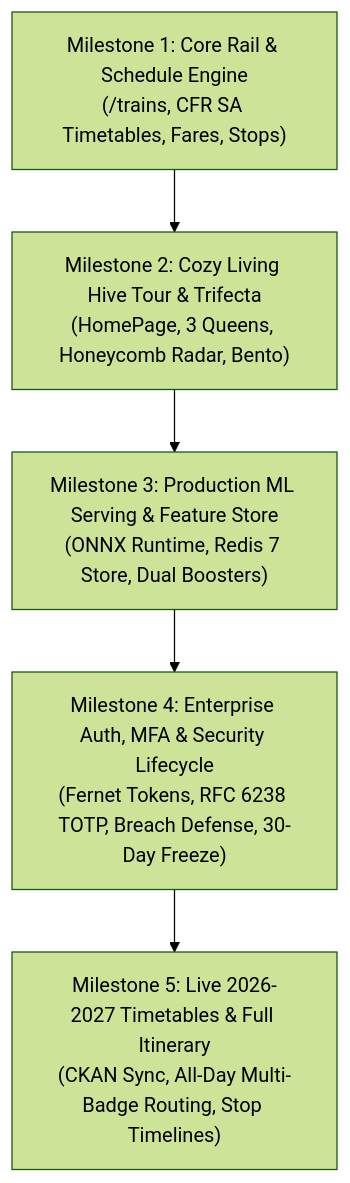
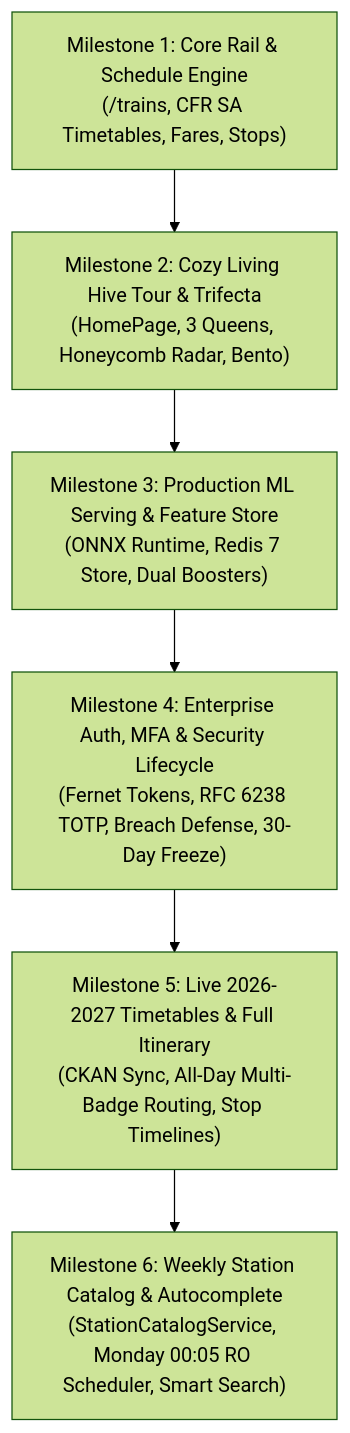
One commit to calibrixadv/Beeline changed the diagram in docs/archive/IMPLEMENTATION_HISTORY.md. Above: the diagram before and after it, drawn with Mermaid (forest theme). The commit also changed other lines of this file and 36 other files, not shown here.

Commit message:
feat: live 2026-2027 rail sync, all-day multi-badge itinerary, weekly station autocomplete & repo cleanup

````diff
--- a/docs/archive/IMPLEMENTATION_HISTORY.md
+++ b/docs/archive/IMPLEMENTATION_HISTORY.md
@@ -13,7 +13,8 @@
 ```mermaid
 flowchart TD
     M1["Milestone 1: Core Rail & Schedule Engine\n(/trains, CFR SA Timetables, Fares, Stops)"] --> M2["Milestone 2: Cozy Living Hive Tour & Trifecta\n(HomePage, 3 Queens, Honeycomb Radar, Bento)"]
     M2 --> M3["Milestone 3: Production ML Serving & Feature Store\n(ONNX Runtime, Redis 7 Store, Dual Boosters)"]
     M3 --> M4["Milestone 4: Enterprise Auth, MFA & Security Lifecycle\n(Fernet Tokens, RFC 6238 TOTP, Breach Defense, 30-Day Freeze)"]
     M4 --> M5["Milestone 5: Live 2026-2027 Timetables & Full Itinerary\n(CKAN Sync, All-Day Multi-Badge Routing, Stop Timelines)"]
+    M5 --> M6["Milestone 6: Weekly Station Catalog & Autocomplete\n(StationCatalogService, Monday 00:05 RO Scheduler, Smart Search)"]
 ```
````
